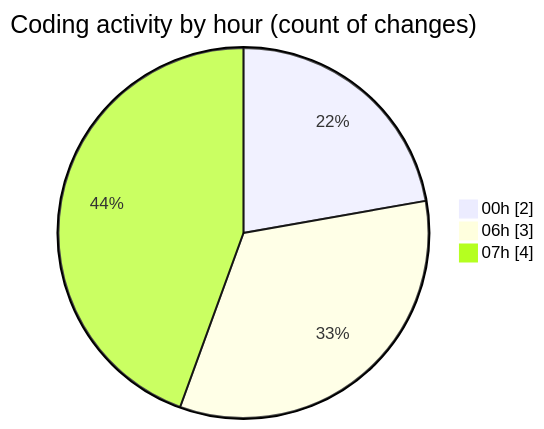
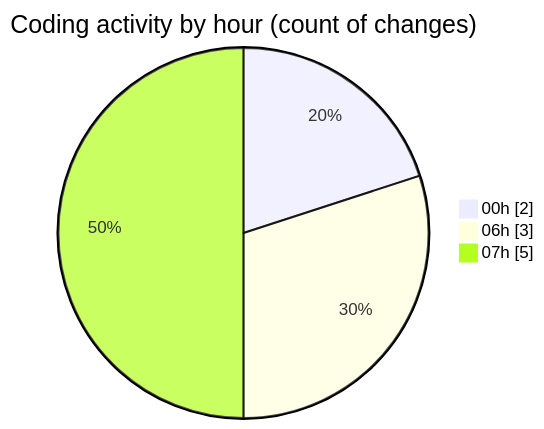
The second of 2 diagrams in 2025-05-15/niten/README.md (Elitesun/code-tracking), drawn with Mermaid before and after one commit. The commit also changed other lines of this file and 1 other file, not shown here.

````diff
--- a/2025-05-15/niten/README.md
+++ b/2025-05-15/niten/README.md
@@ -31,7 +31,7 @@
 ```mermaid
 pie showData
 title Coding activity by hour (count of changes)
 "00h" : 2
 "06h" : 3
-"07h" : 4
+"07h" : 5
 ```
````
